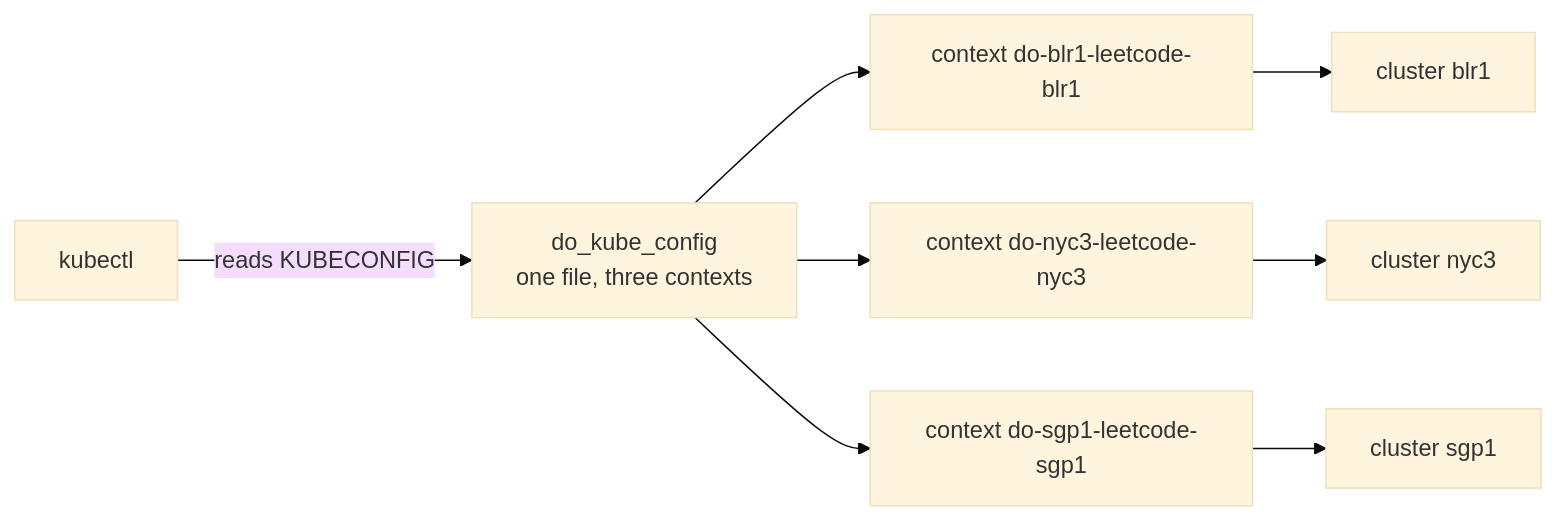
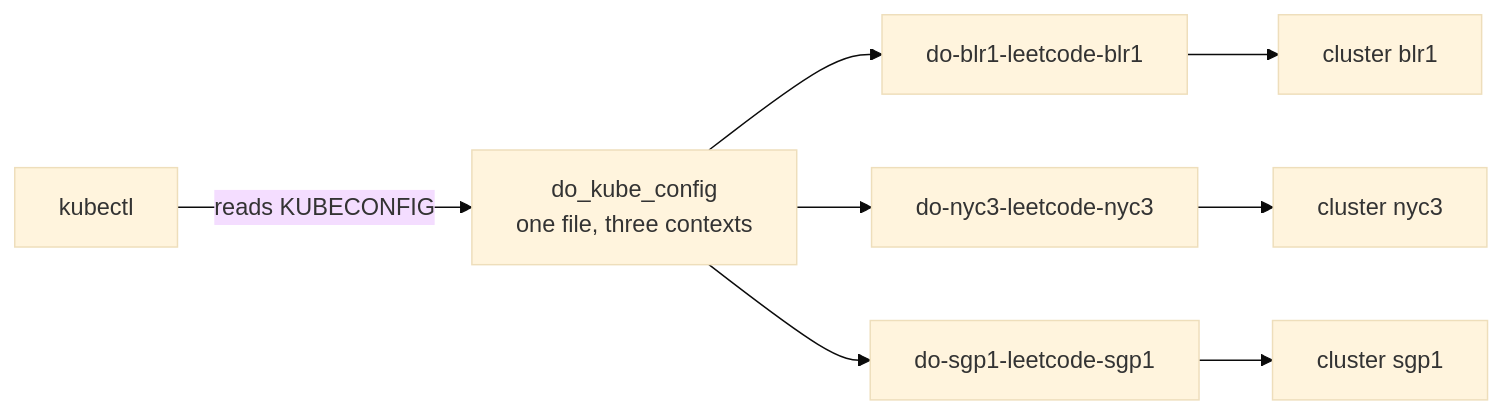
One commit to ShivanshKumar760/devops_v2 changed the sixth of 6 diagrams in leepcodev2/GUIDE.md. Above: the diagram before and after it, drawn with Mermaid (base theme). The commit also changed other lines of this file and 11 other files, not shown here.

````diff
--- a/leepcodev2/GUIDE.md
+++ b/leepcodev2/GUIDE.md
@@ -1745,7 +960,7 @@
 ```mermaid
 flowchart LR
     kubectl["kubectl"] -->|reads KUBECONFIG| file["do_kube_config<br/>one file, three contexts"]
-    file --> x1["context do-blr1-leetcode-blr1"] --> k1["cluster blr1"]
-    file --> x2["context do-nyc3-leetcode-nyc3"] --> k2["cluster nyc3"]
-    file --> x3["context do-sgp1-leetcode-sgp1"] --> k3["cluster sgp1"]
+    file --> x1["do-blr1-leetcode-blr1"] --> k1["cluster blr1"]
+    file --> x2["do-nyc3-leetcode-nyc3"] --> k2["cluster nyc3"]
+    file --> x3["do-sgp1-leetcode-sgp1"] --> k3["cluster sgp1"]
 ```
````
